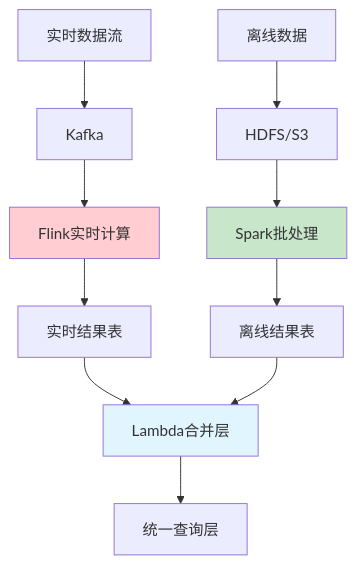
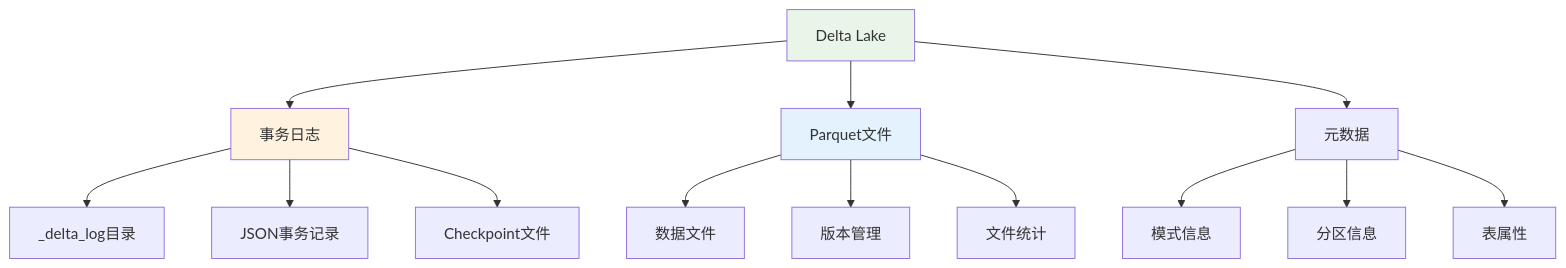
One commit to ralph-wren/TechStack-Handbook changed diagram 17 of 22 in 25.数据仓库.md. Above: the diagram before and after it, drawn with Mermaid. The commit also changed other lines of this file, not shown here.

Commit message:
更新文档，新增 Delta Lake、Apache Iceberg 和 Apache Hudi 的实现细节，扩充湖仓一体架构的内容，详细讲解各个技术的核心特性、实现方式及示例代码。同时，调整文档结构，确保知识体系更加完整，便于学习与面试准备。

````diff
--- a/25.数据仓库.md
+++ b/25.数据仓库.md
@@ -2447,20 +3231,22 @@
 ```mermaid
 graph TB
-    A[实时数据流] --> B[Kafka]
-    C[离线数据] --> D[HDFS/S3]
+    A[Delta Lake] --> B[事务日志]
+    A --> C[Parquet文件]
+    A --> D[元数据]
     
-    B --> E[Flink实时计算]
-    D --> F[Spark批处理]
+    B --> B1[_delta_log目录]
+    B --> B2[JSON事务记录]
+    B --> B3[Checkpoint文件]
     
-    E --> G[实时结果表]
-    F --> H[离线结果表]
+    C --> C1[数据文件]
+    C --> C2[版本管理]
+    C --> C3[文件统计]
     
-    G --> I[Lambda合并层]
-    H --> I
+    D --> D1[模式信息]
+    D --> D2[分区信息]
+    D --> D3[表属性]
     
-    I --> J[统一查询层]
-    
-    style E fill:#ffcdd2
-    style F fill:#c8e6c9
-    style I fill:#e1f5fe
+    style A fill:#e8f5e8
+    style B fill:#fff3e0
+    style C fill:#e3f2fd
 ```
````
